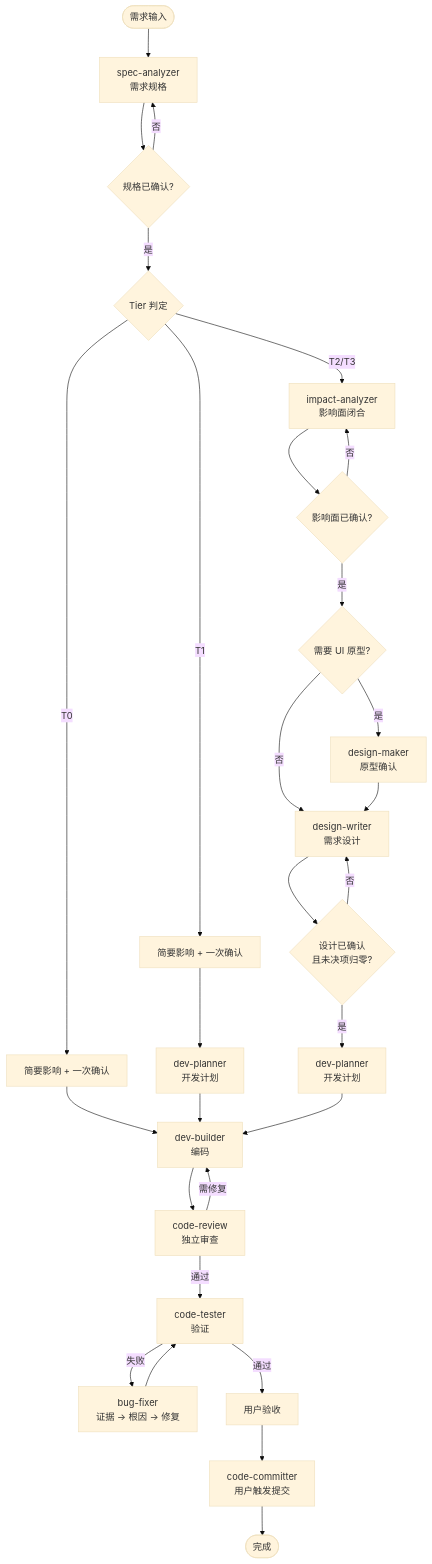
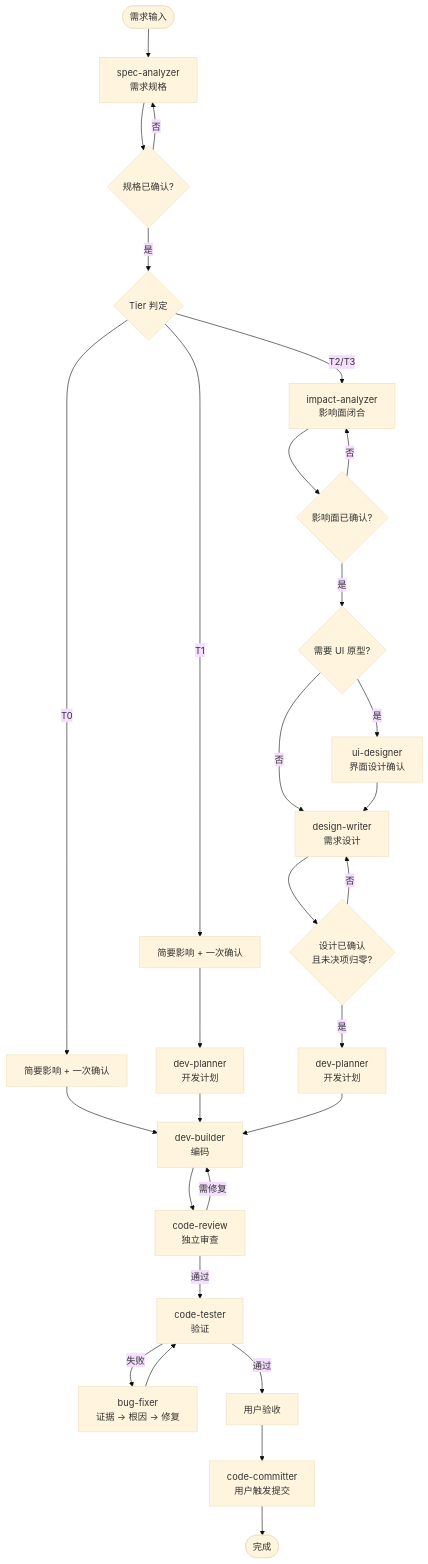
Before and after one commit to Herxinsasa/DevFlow: the diagram in README.md, drawn with Mermaid (base theme). The commit also changed other lines of this file and 20 other files, not shown here.

Commit message:
【DevFlow：完善增量界面设计与流程约束】 新增: - 增加基于现有界面的结构稿与按需视觉稿流程 - 增加安装帮助示例及升级状态回归覆盖 修改: - 将 design-maker 替换为 ui-designer 并兼容历史进度 - 统一需求和影响面文档命名与界面布局事实 - 强化 Bug 修复约束、影响面自检和只读提交说明预览

````diff
--- a/README.md
+++ b/README.md
@@ -84,31 +84,31 @@
 ```mermaid
 flowchart TB
     START(["需求输入"]) --> SPEC["spec-analyzer<br/>需求规格"]
     SPEC --> SC{"规格已确认?"}
     SC -->|"否"| SPEC
     SC -->|"是"| TIER{"Tier 判定"}
     TIER -->|"T0"| L0["简要影响 + 一次确认"]
     L0 --> BUILD["dev-builder<br/>编码"]
     TIER -->|"T1"| L1["简要影响 + 一次确认"]
     L1 --> P1["dev-planner<br/>开发计划"]
     P1 --> BUILD
     TIER -->|"T2/T3"| IMP["impact-analyzer<br/>影响面闭合"]
     IMP --> IC{"影响面已确认?"}
     IC -->|"否"| IMP
     IC -->|"是"| UIQ{"需要 UI 原型?"}
-    UIQ -->|"是"| UI["design-maker<br/>原型确认"]
+    UIQ -->|"是"| UI["ui-designer<br/>界面设计确认"]
     UIQ -->|"否"| DW
     UI --> DW["design-writer<br/>需求设计"]
     DW --> DC{"设计已确认<br/>且未决项归零?"}
     DC -->|"否"| DW
     DC -->|"是"| P2["dev-planner<br/>开发计划"]
     P2 --> BUILD
     BUILD --> RV["code-review<br/>独立审查"]
     RV -->|"需修复"| BUILD
     RV -->|"通过"| TV["code-tester<br/>验证"]
     TV -->|"失败"| BUG["bug-fixer<br/>证据 → 根因 → 修复"]
     BUG --> TV
     TV -->|"通过"| UV["用户验收"]
     UV --> CC["code-committer<br/>用户触发提交"]
     CC --> DONE(["完成"])
 ```
````
